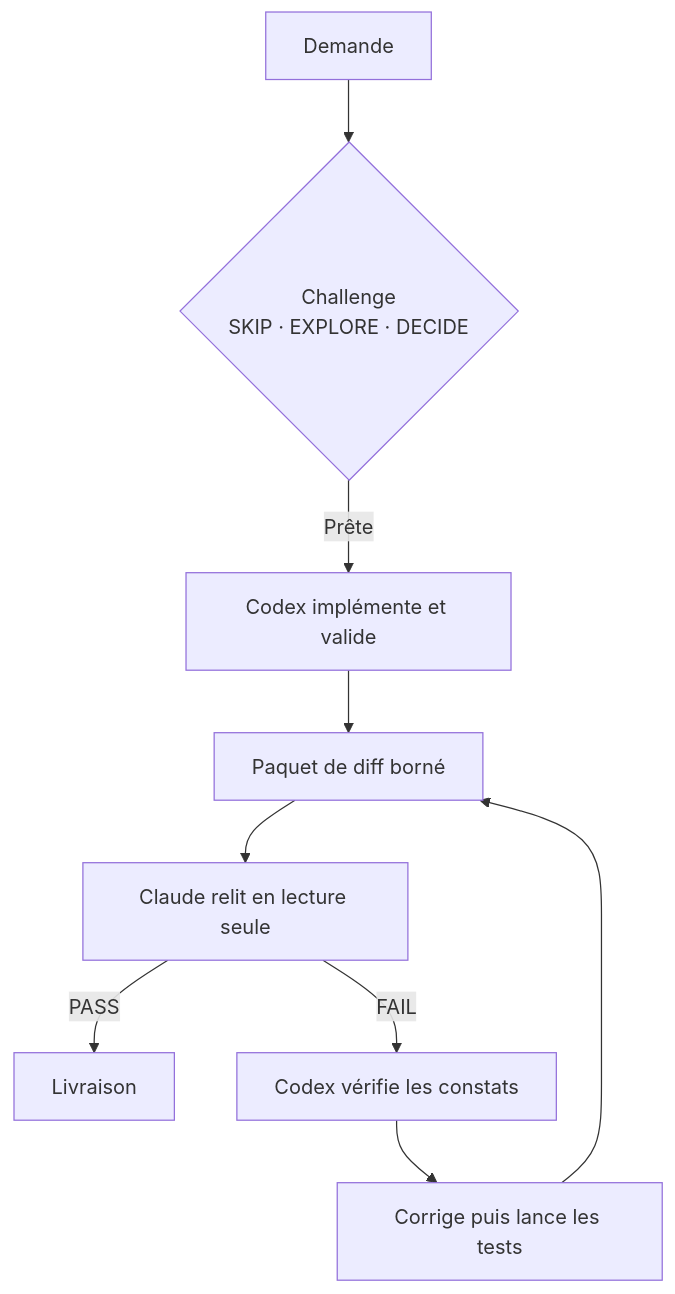
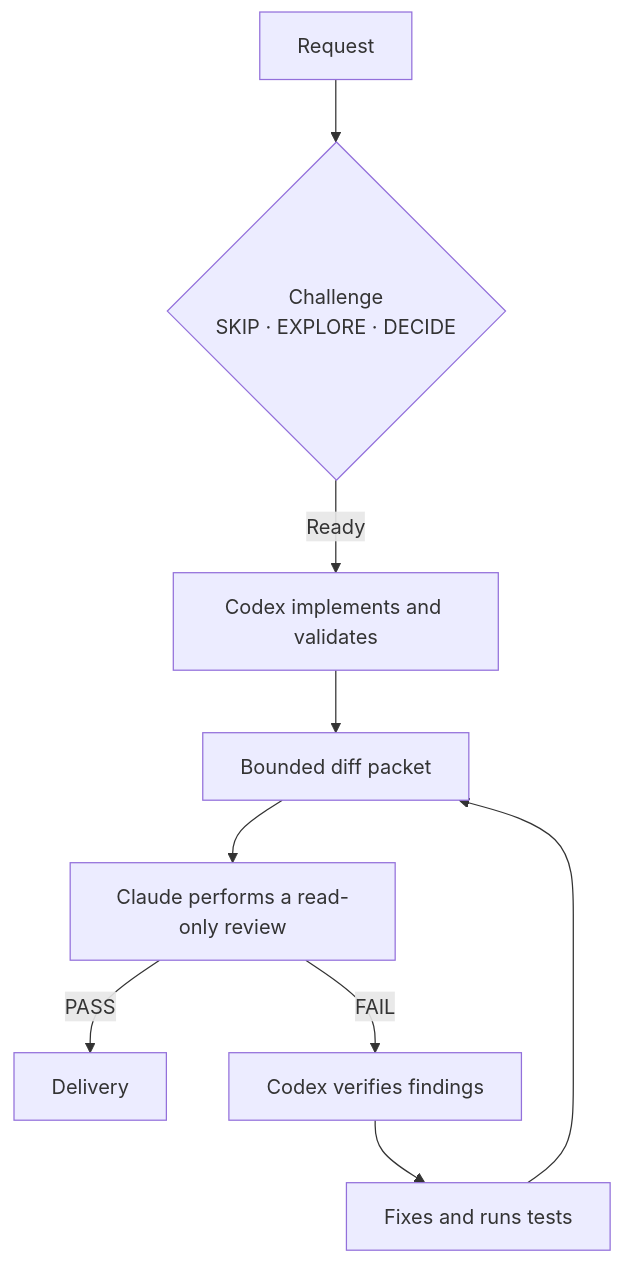
One commit to justarkov7-coder/souldex changed the diagram in README.md. Above: the diagram before and after it, drawn with Mermaid. The commit also changed other lines of this file and 14 other files, not shown here.

````diff
--- a/README.md
+++ b/README.md
@@ -24,11 +17,11 @@
 ```mermaid
 flowchart TD
-    A[Demande] --> B{Challenge\nSKIP · EXPLORE · DECIDE}
-    B -->|Prête| C[Codex implémente et valide]
-    C --> D[Paquet de diff borné]
-    D --> E[Claude relit en lecture seule]
-    E -->|PASS| F[Livraison]
-    E -->|FAIL| G[Codex vérifie les constats]
-    G --> H[Corrige puis lance les tests]
+    A[Request] --> B{Challenge\nSKIP · EXPLORE · DECIDE}
+    B -->|Ready| C[Codex implements and validates]
+    C --> D[Bounded diff packet]
+    D --> E[Claude performs a read-only review]
+    E -->|PASS| F[Delivery]
+    E -->|FAIL| G[Codex verifies findings]
+    G --> H[Fixes and runs tests]
     H --> D
 ```
````
